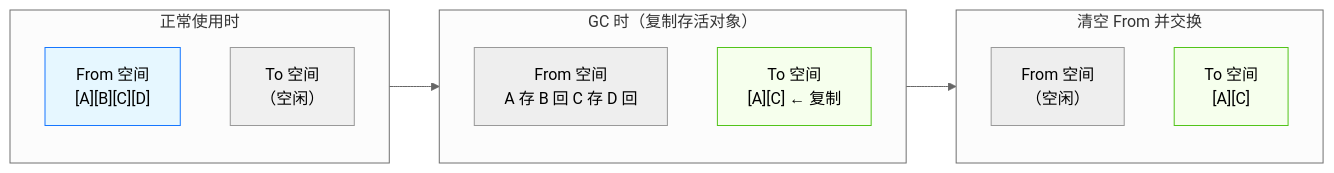
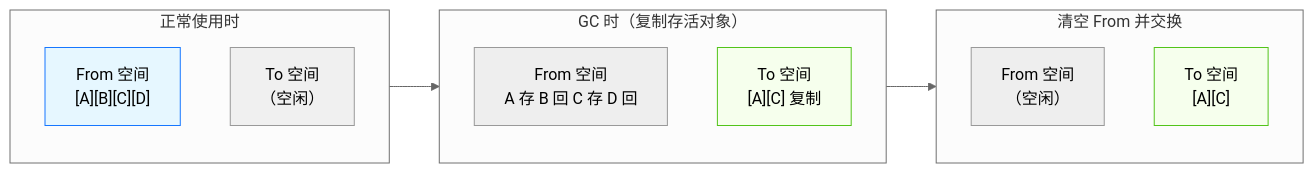
One commit to mansteinr/note-book changed the ninth of 17 diagrams in JavaScript/JavaScript垃圾回收机制详解.md. Above: the diagram before and after it, drawn with Mermaid (neutral theme). The commit also changed other lines of this file, not shown here.

Commit message:
解决 mermaid 不显示的问题

````diff
--- a/JavaScript/JavaScript垃圾回收机制详解.md
+++ b/JavaScript/JavaScript垃圾回收机制详解.md
@@ -471,24 +510,24 @@
 ```mermaid
 flowchart LR
     subgraph Normal [正常使用时]
         F1["From 空间<br/>[A][B][C][D]"]
         T1["To 空间<br/>（空闲）"]
     end
-    
+
     subgraph Copy [GC 时（复制存活对象）]
         F2["From 空间<br/>A 存 B 回 C 存 D 回"]
-        T2["To 空间<br/>[A][C] ← 复制"]
+        T2["To 空间<br/>[A][C] 复制"]
     end
-    
+
     subgraph Swap [清空 From 并交换]
         F3["From 空间<br/>（空闲）"]
         T3["To 空间<br/>[A][C]"]
     end
-    
+
     Normal --> Copy --> Swap
-    
+
     style F1 fill:#e6f7ff,stroke:#1677ff
     style T1 fill:#f0f0f0
     style T2 fill:#f6ffed,stroke:#52c41a
     style T3 fill:#f6ffed,stroke:#52c41a
 ```
````
